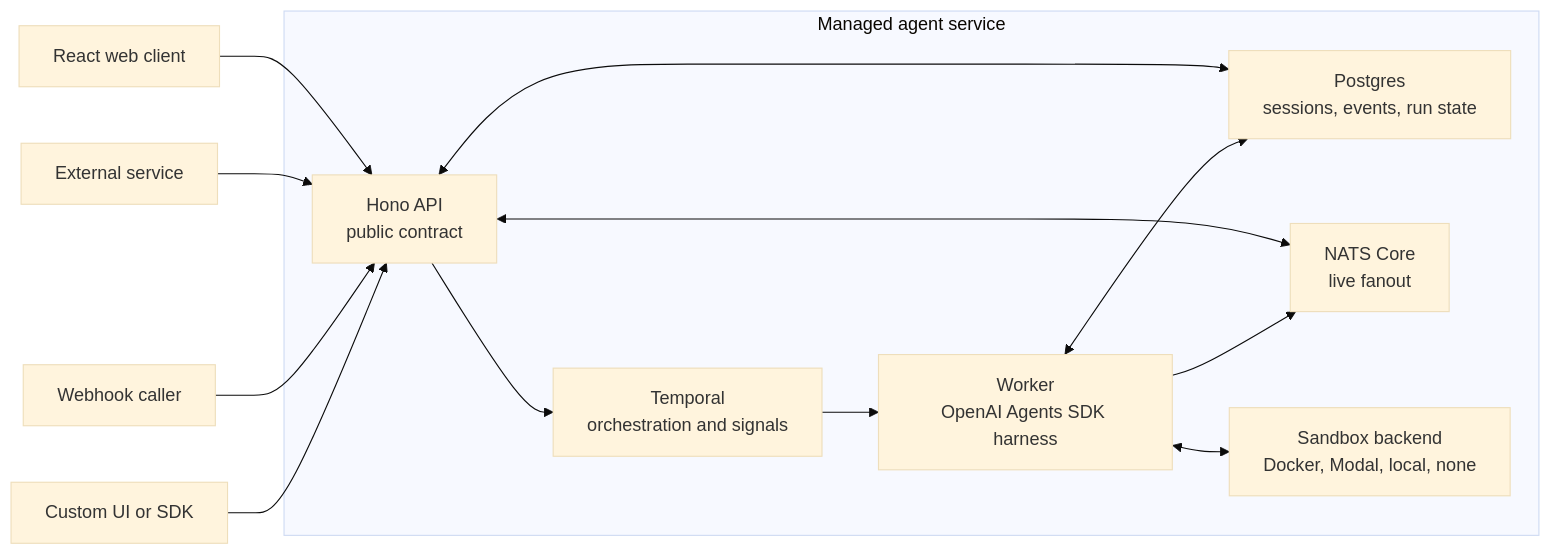
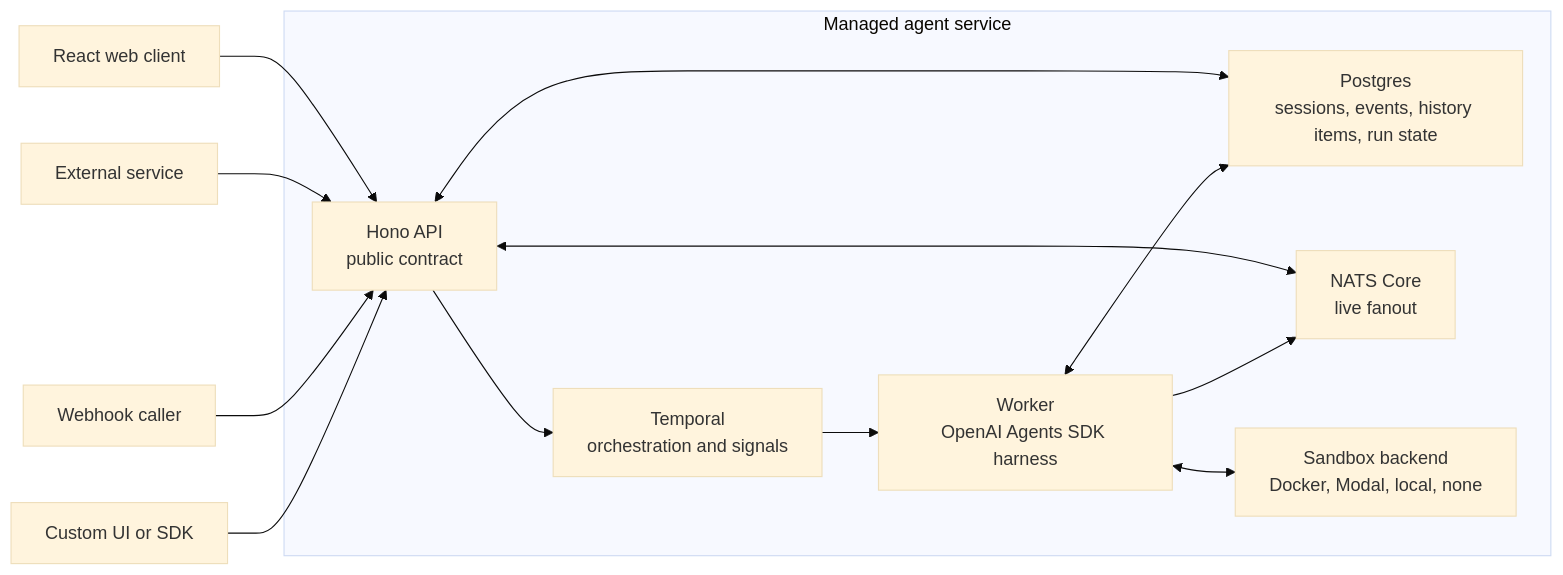
One commit to Cloudgeni-ai/opengeni changed the diagram in README.md. Above: the diagram before and after it, drawn with Mermaid (base theme). The commit also changed other lines of this file and 6 other files, not shown here.

````diff
--- a/README.md
+++ b/README.md
@@ -47,28 +47,28 @@
 ```mermaid
 flowchart LR
   Web["React web client"]
   Service["External service"]
   Webhook["Webhook caller"]
   CustomUI["Custom UI or SDK"]
 
   subgraph Managed["Managed agent service"]
     API["Hono API<br/>public contract"]
-    DB["Postgres<br/>sessions, events, run state"]
+    DB["Postgres<br/>sessions, events, history items, run state"]
     Temporal["Temporal<br/>orchestration and signals"]
     Worker["Worker<br/>OpenAI Agents SDK harness"]
     NATS["NATS Core<br/>live fanout"]
     Sandbox["Sandbox backend<br/>Docker, Modal, local, none"]
   end
 
   Web --> API
   Service --> API
   Webhook --> API
   CustomUI --> API
   API <--> DB
   API --> Temporal
   API <--> NATS
   Temporal --> Worker
   Worker <--> DB
   Worker --> NATS
   Worker <--> Sandbox
 ```
````
